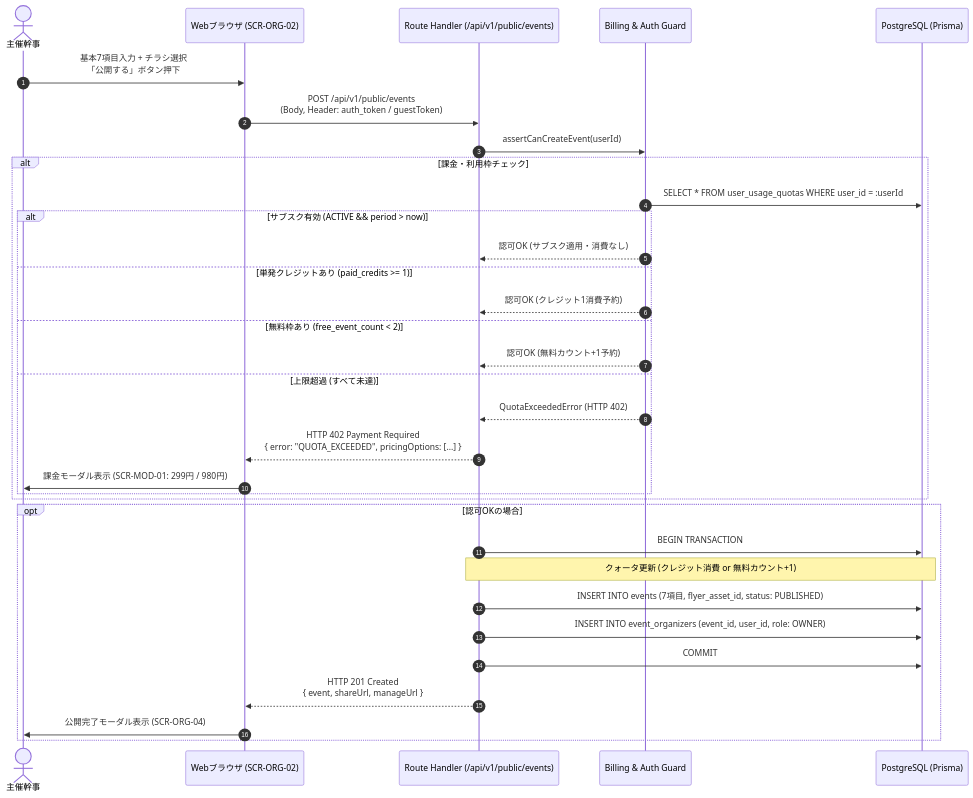
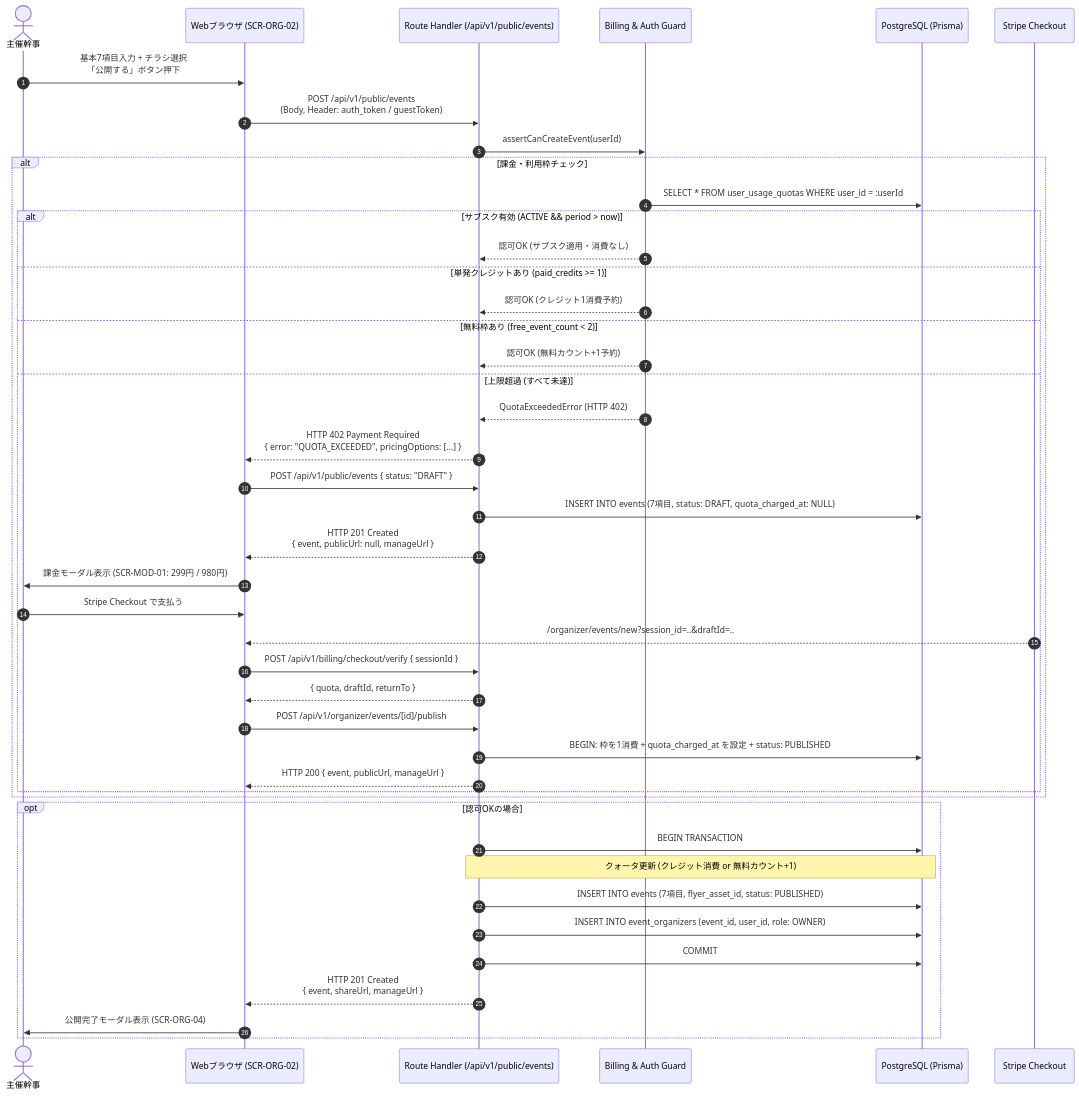
One commit to HirofumiSato/EventKreater changed the second of 9 diagrams in docs/backend_api_implementation_spec.md. Above: the diagram before and after it, drawn with Mermaid. The commit also changed other lines of this file and 2 other files, not shown here.

````diff
--- a/docs/backend_api_implementation_spec.md
+++ b/docs/backend_api_implementation_spec.md
@@ -129,35 +130,46 @@
 ```mermaid
 sequenceDiagram
     autonumber
     actor Organizer as 主催幹事
     participant Client as Webブラウザ (SCR-ORG-02)
     participant Route as Route Handler (/api/v1/public/events)
     participant Guard as Billing & Auth Guard
     participant DB as PostgreSQL (Prisma)
+    participant Stripe as Stripe Checkout
     Organizer->>Client: 基本7項目入力 + チラシ選択<br/>「公開する」ボタン押下
     Client->>Route: POST /api/v1/public/events<br/>(Body, Header: auth_token / guestToken)
     Route->>Guard: assertCanCreateEvent(userId)
     alt 課金・利用枠チェック
         Guard->>DB: SELECT * FROM user_usage_quotas WHERE user_id = :userId
         alt サブスク有効 (ACTIVE && period > now)
             Guard-->>Route: 認可OK (サブスク適用・消費なし)
         else 単発クレジットあり (paid_credits >= 1)
             Guard-->>Route: 認可OK (クレジット1消費予約)
         else 無料枠あり (free_event_count < 2)
             Guard-->>Route: 認可OK (無料カウント+1予約)
         else 上限超過 (すべて未達)
             Guard-->>Route: QuotaExceededError (HTTP 402)
             Route-->>Client: HTTP 402 Payment Required<br/>{ error: "QUOTA_EXCEEDED", pricingOptions: [...] }
+            Client->>Route: POST /api/v1/public/events { status: "DRAFT" }
+            Route->>DB: INSERT INTO events (7項目, status: DRAFT, quota_charged_at: NULL)
+            Route-->>Client: HTTP 201 Created<br/>{ event, publicUrl: null, manageUrl }
             Client->>Organizer: 課金モーダル表示 (SCR-MOD-01: 299円 / 980円)
+            Organizer->>Client: Stripe Checkout で支払う
+            Stripe-->>Client: /organizer/events/new?session_id=..&draftId=..
+            Client->>Route: POST /api/v1/billing/checkout/verify { sessionId }
+            Route-->>Client: { quota, draftId, returnTo }
+            Client->>Route: POST /api/v1/organizer/events/[id]/publish
+            Route->>DB: BEGIN: 枠を1消費 + quota_charged_at を設定 + status: PUBLISHED
+            Route-->>Client: HTTP 200 { event, publicUrl, manageUrl }
         end
     end
     opt 認可OKの場合
         Route->>DB: BEGIN TRANSACTION
         Note over Route,DB: クォータ更新 (クレジット消費 or 無料カウント+1)
         Route->>DB: INSERT INTO events (7項目, flyer_asset_id, status: PUBLISHED)
         Route->>DB: INSERT INTO event_organizers (event_id, user_id, role: OWNER)
         Route->>DB: COMMIT
         Route-->>Client: HTTP 201 Created<br/>{ event, shareUrl, manageUrl }
         Client->>Organizer: 公開完了モーダル表示 (SCR-ORG-04)
     end
 ```
````
